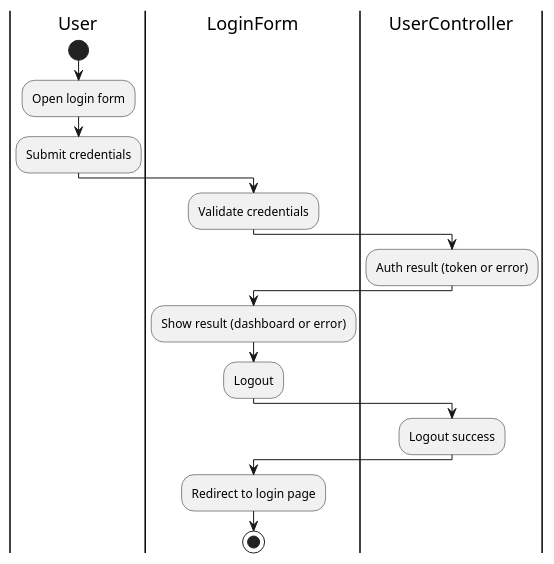
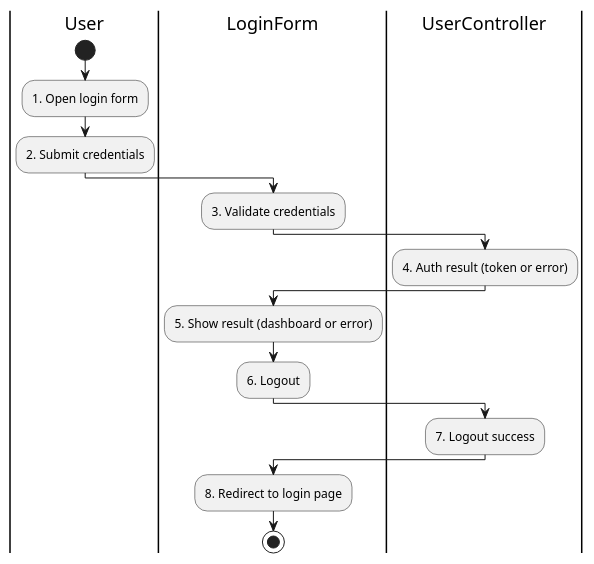
Before and after one commit to Huangphoux/uit-SE357_requirement: the diagram in docs/2. Diagrams/Activity diagram/1. Login/Login.pu, drawn with PlantUML. The commit also changed 85 other files, not shown here.

```diff
--- a/docs/2. Diagrams/Activity diagram/1. Login/Login.pu
+++ b/docs/2. Diagrams/Activity diagram/1. Login/Login.pu
@@ -1,18 +1,18 @@
 @startuml Login
 |User|
 start
-:Open login form;
-:Submit credentials;
+:1. Open login form;
+:2. Submit credentials;
 |LoginForm|
-:Validate credentials;
+:3. Validate credentials;
 |UserController|
-:Auth result (token or error);
+:4. Auth result (token or error);
 |LoginForm|
-:Show result (dashboard or error);
-:Logout;
+:5. Show result (dashboard or error);
+:6. Logout;
 |UserController|
-:Logout success;
+:7. Logout success;
 |LoginForm|
-:Redirect to login page;
+:8. Redirect to login page;
 stop
 @enduml
```
